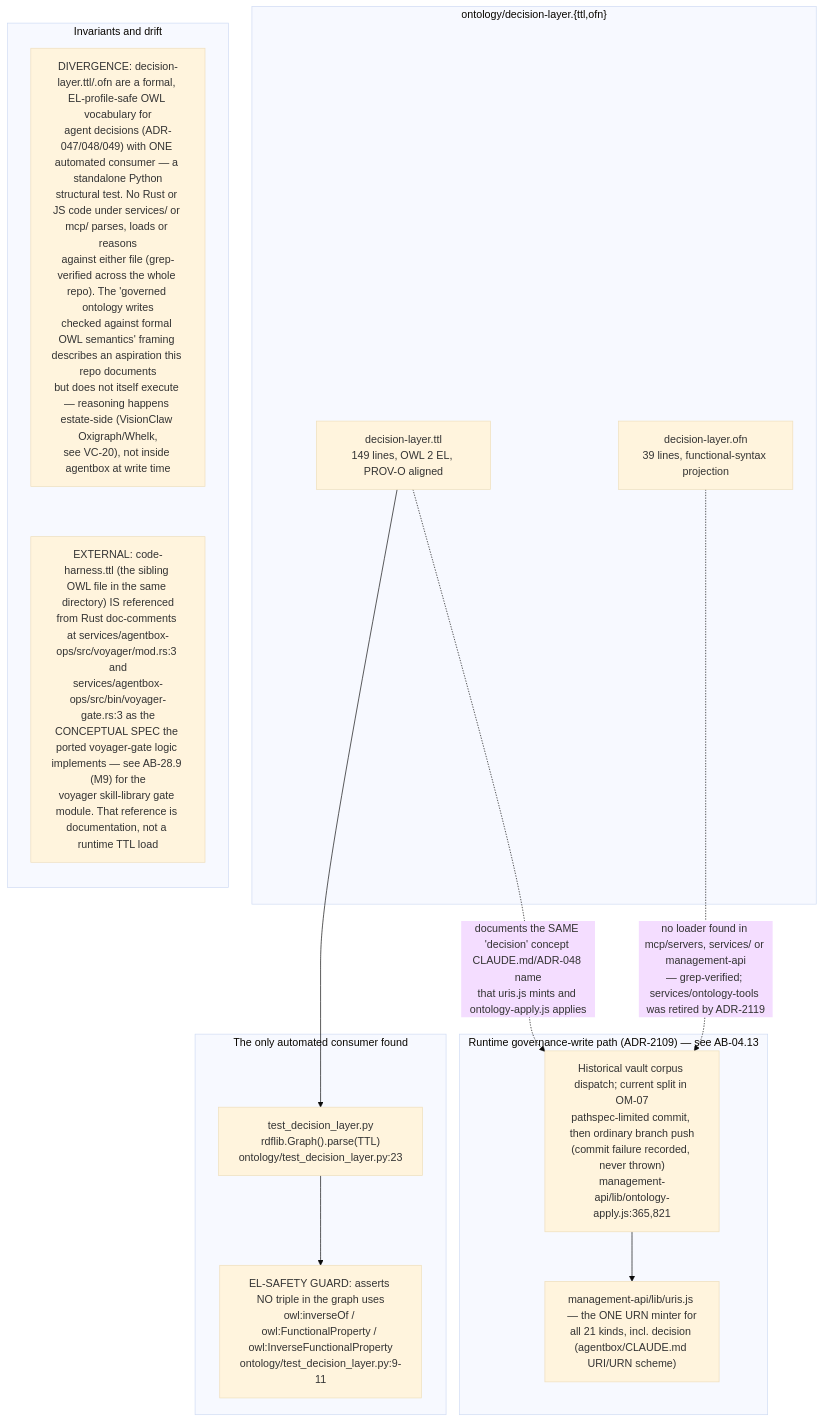
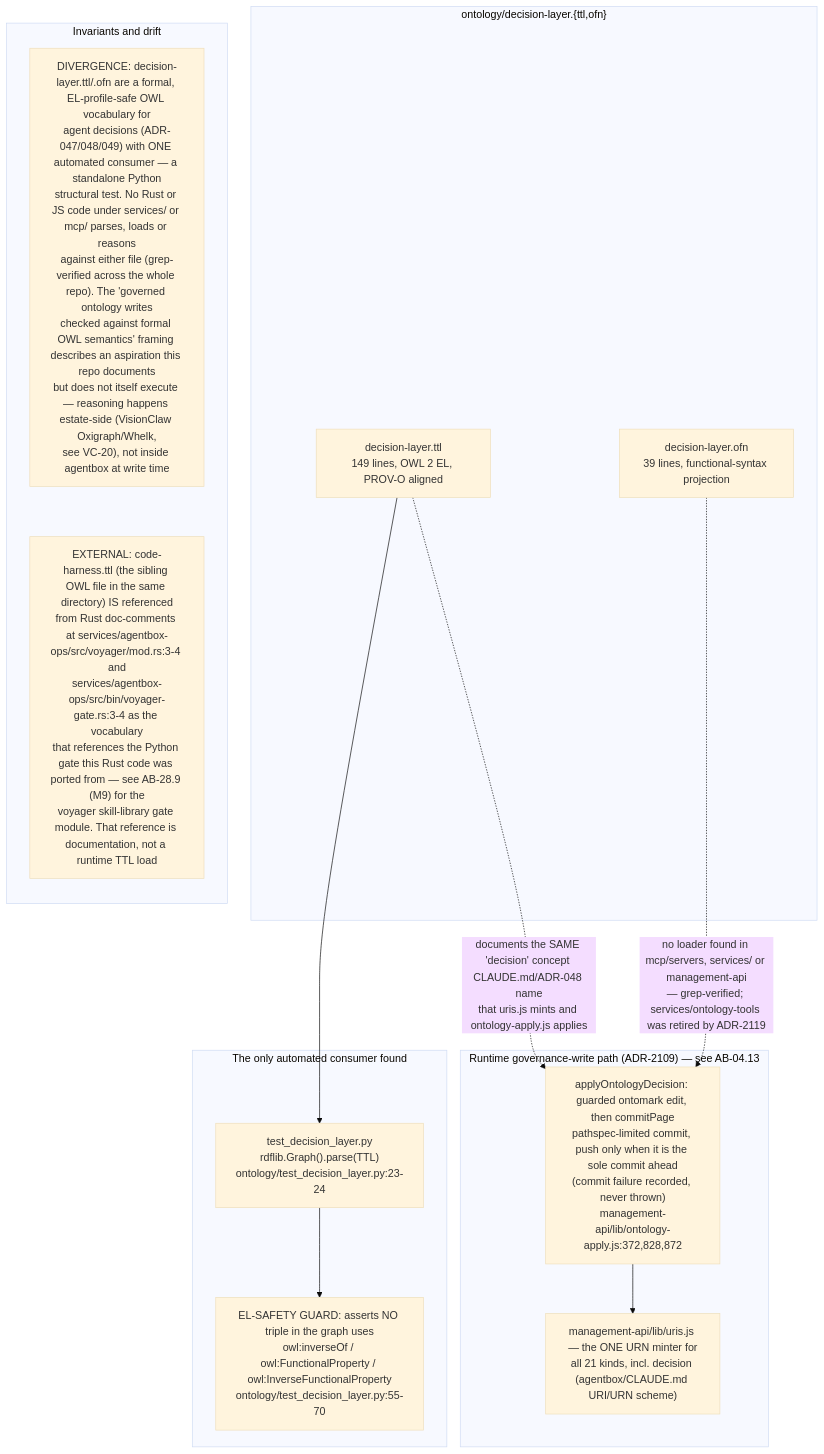
Before and after one commit to DreamLab-AI/VisionFlow: the fifth of 5 diagrams in docs/diagrams/agentbox/25-ontology-tools-and-governed-writes.md, drawn with Mermaid (base theme). The commit also changed other lines of this file and 173 other files, not shown here.

````diff
--- a/docs/diagrams/agentbox/25-ontology-tools-and-governed-writes.md
+++ b/docs/diagrams/agentbox/25-ontology-tools-and-governed-writes.md
@@ -198,26 +202,26 @@
 ```mermaid
 flowchart TB
     subgraph schema["ontology/decision-layer.{ttl,ofn}"]
         TTL["decision-layer.ttl<br/>149 lines, OWL 2 EL, PROV-O aligned"]
         OFN["decision-layer.ofn<br/>39 lines, functional-syntax projection"]
     end
     subgraph tested["The only automated consumer found"]
-        PYTEST["test_decision_layer.py<br/>rdflib.Graph#40;#41;.parse#40;TTL#41;<br/>ontology/test_decision_layer.py:23"]
-        ELGUARD["EL-SAFETY GUARD: asserts NO triple in the graph uses<br/>owl:inverseOf / owl:FunctionalProperty / owl:InverseFunctionalProperty<br/>ontology/test_decision_layer.py:9-11"]
+        PYTEST["test_decision_layer.py<br/>rdflib.Graph#40;#41;.parse#40;TTL#41;<br/>ontology/test_decision_layer.py:23-24"]
+        ELGUARD["EL-SAFETY GUARD: asserts NO triple in the graph uses<br/>owl:inverseOf / owl:FunctionalProperty / owl:InverseFunctionalProperty<br/>ontology/test_decision_layer.py:55-70"]
     end
     subgraph runtime["Runtime governance-write path (ADR-2109) — see AB-04.13"]
-        APPLY["Historical vault corpus dispatch; current split in OM-07<br/>pathspec-limited commit, then ordinary branch push<br/>(commit failure recorded, never thrown)<br/>management-api/lib/ontology-apply.js:365,821"]
+        APPLY["applyOntologyDecision: guarded ontomark edit, then commitPage<br/>pathspec-limited commit, push only when it is the sole commit ahead<br/>(commit failure recorded, never thrown)<br/>management-api/lib/ontology-apply.js:372,828,872"]
         URIS["management-api/lib/uris.js — the ONE URN minter for<br/>all 21 kinds, incl. decision (agentbox/CLAUDE.md URI/URN scheme)"]
     end
     TTL --> PYTEST
     PYTEST --> ELGUARD
     TTL -.->|"documents the SAME 'decision' concept CLAUDE.md/ADR-048 name<br/>that uris.js mints and ontology-apply.js applies"| APPLY
     OFN -.->|"no loader found in mcp/servers, services/ or management-api<br/>— grep-verified; services/ontology-tools was retired by ADR-2119"| APPLY
     APPLY --> URIS
     subgraph notes["Invariants and drift"]
         direction TB
         N1["DIVERGENCE: decision-layer.ttl/.ofn are a formal, EL-profile-safe OWL vocabulary for<br/>agent decisions (ADR-047/048/049) with ONE automated consumer — a standalone Python<br/>structural test. No Rust or JS code under services/ or mcp/ parses, loads or reasons<br/>against either file (grep-verified across the whole repo). The 'governed ontology writes<br/>checked against formal OWL semantics' framing describes an aspiration this repo documents<br/>but does not itself execute — reasoning happens estate-side (VisionClaw Oxigraph/Whelk,<br/>see VC-20), not inside agentbox at write time"]
-        N2["EXTERNAL: code-harness.ttl #40;the sibling OWL file in the same directory#41; IS referenced<br/>from Rust doc-comments at services/agentbox-ops/src/voyager/mod.rs:3 and<br/>services/agentbox-ops/src/bin/voyager-gate.rs:3 as the<br/>CONCEPTUAL SPEC the ported voyager-gate logic implements — see AB-28.9 (M9) for the<br/>voyager skill-library gate module. That reference is documentation, not a runtime TTL load"]
+        N2["EXTERNAL: code-harness.ttl #40;the sibling OWL file in the same directory#41; IS referenced<br/>from Rust doc-comments at services/agentbox-ops/src/voyager/mod.rs:3-4 and<br/>services/agentbox-ops/src/bin/voyager-gate.rs:3-4 as the vocabulary<br/>that references the Python gate this Rust code was ported from — see AB-28.9 (M9) for the<br/>voyager skill-library gate module. That reference is documentation, not a runtime TTL load"]
         N1 ~~~ N2
     end
 ```
````
